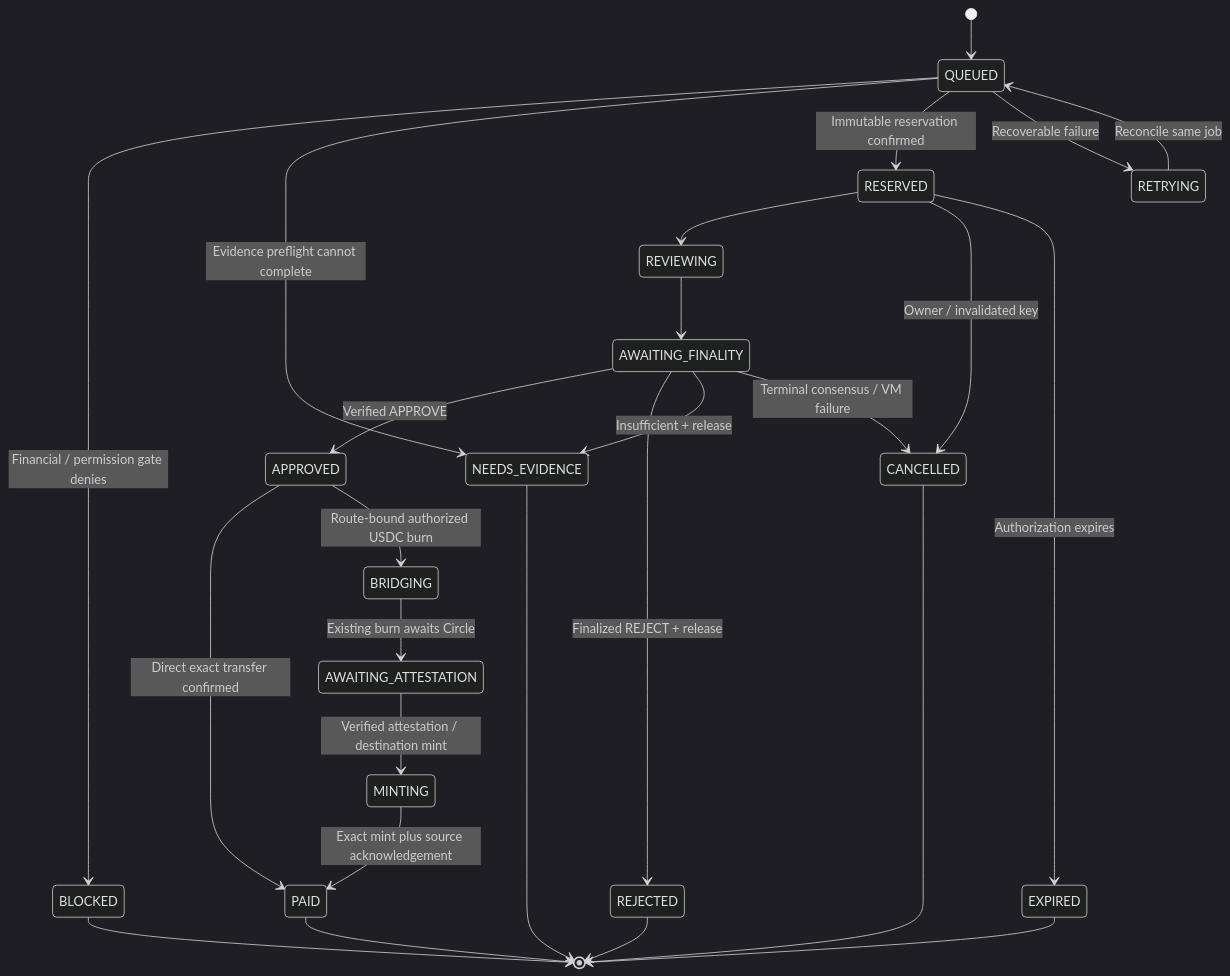
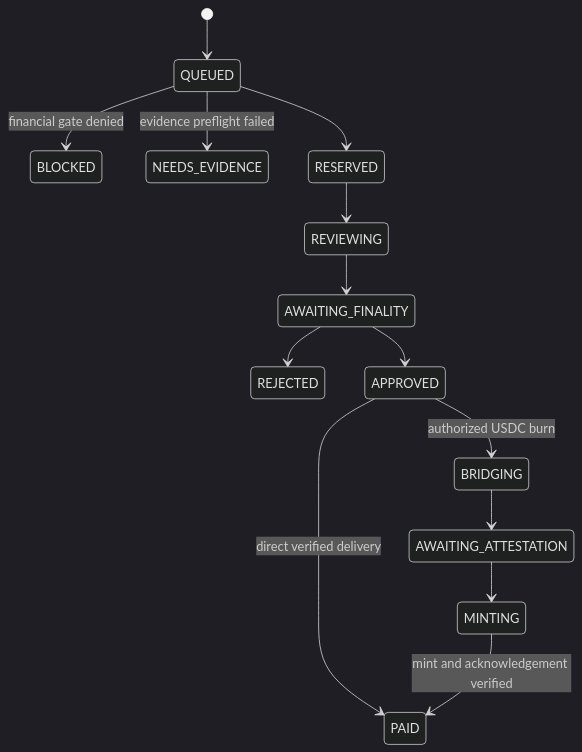
One commit to TS-mfon/intentguard changed the second of 4 diagrams in README.md. Above: the diagram before and after it, drawn with Mermaid (dark theme). The commit also changed other lines of this file and 29 other files, not shown here.

````diff
--- a/README.md
+++ b/README.md
@@ -117,28 +37,16 @@
 ```mermaid
 stateDiagram-v2
     [*] --> QUEUED
-    QUEUED --> BLOCKED: Financial / permission gate denies
-    QUEUED --> NEEDS_EVIDENCE: Evidence preflight cannot complete
-    QUEUED --> RESERVED: Immutable reservation confirmed
+    QUEUED --> BLOCKED: financial gate denied
+    QUEUED --> NEEDS_EVIDENCE: evidence preflight failed
+    QUEUED --> RESERVED
     RESERVED --> REVIEWING
     REVIEWING --> AWAITING_FINALITY
-    AWAITING_FINALITY --> APPROVED: Verified APPROVE
-    APPROVED --> PAID: Direct exact transfer confirmed
-    APPROVED --> BRIDGING: Route-bound authorized USDC burn
-    BRIDGING --> AWAITING_ATTESTATION: Existing burn awaits Circle
-    AWAITING_ATTESTATION --> MINTING: Verified attestation / destination mint
-    MINTING --> PAID: Exact mint plus source acknowledgement
-    AWAITING_FINALITY --> REJECTED: Finalized REJECT + release
-    AWAITING_FINALITY --> NEEDS_EVIDENCE: Insufficient + release
-    AWAITING_FINALITY --> CANCELLED: Terminal consensus / VM failure
-    RESERVED --> CANCELLED: Owner / invalidated key
-    RESERVED --> EXPIRED: Authorization expires
-    QUEUED --> RETRYING: Recoverable failure
-    RETRYING --> QUEUED: Reconcile same job
-    PAID --> [*]
-    BLOCKED --> [*]
-    REJECTED --> [*]
-    NEEDS_EVIDENCE --> [*]
-    CANCELLED --> [*]
-    EXPIRED --> [*]
+    AWAITING_FINALITY --> REJECTED
+    AWAITING_FINALITY --> APPROVED
+    APPROVED --> PAID: direct verified delivery
+    APPROVED --> BRIDGING: authorized USDC burn
+    BRIDGING --> AWAITING_ATTESTATION
+    AWAITING_ATTESTATION --> MINTING
+    MINTING --> PAID: mint and acknowledgement verified
 ```
````
